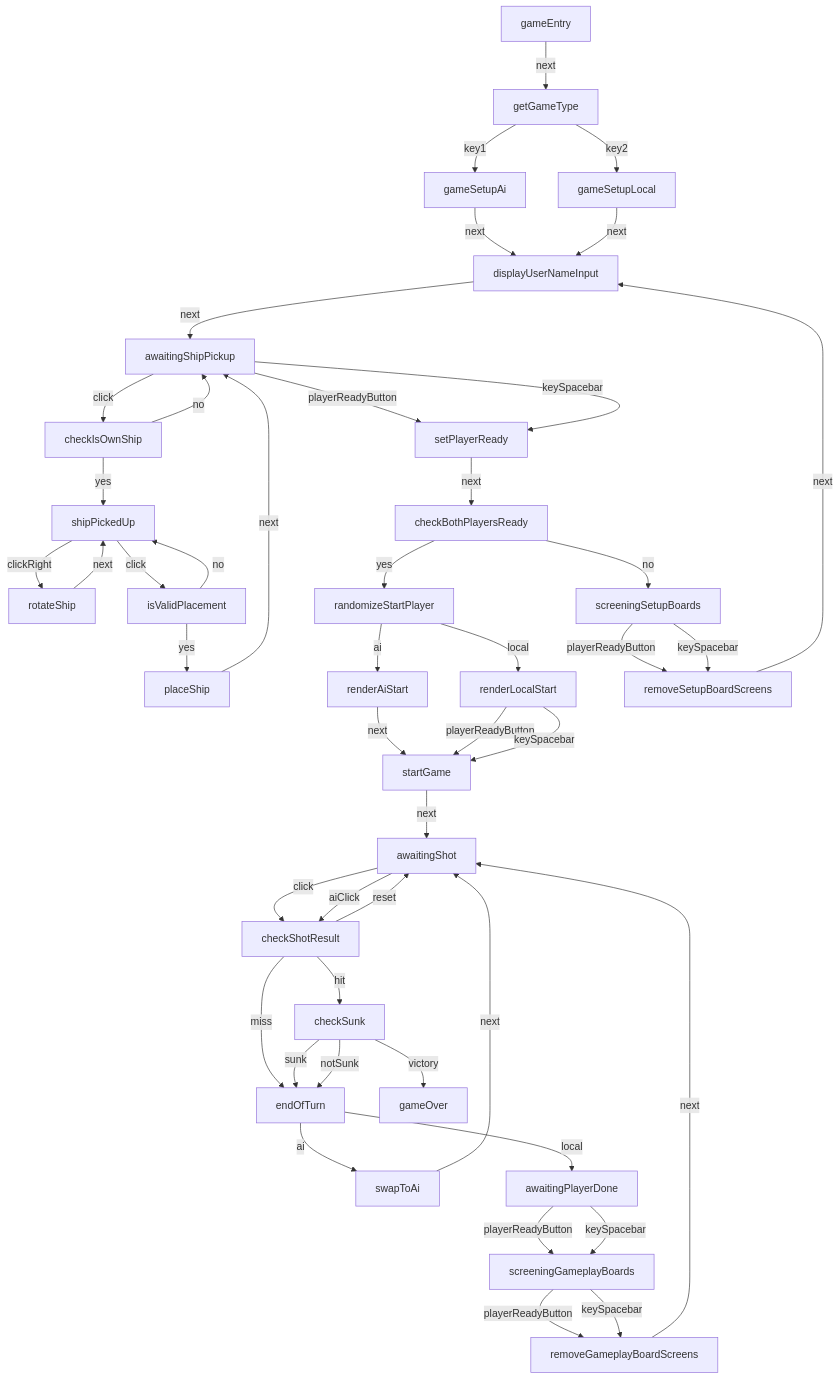
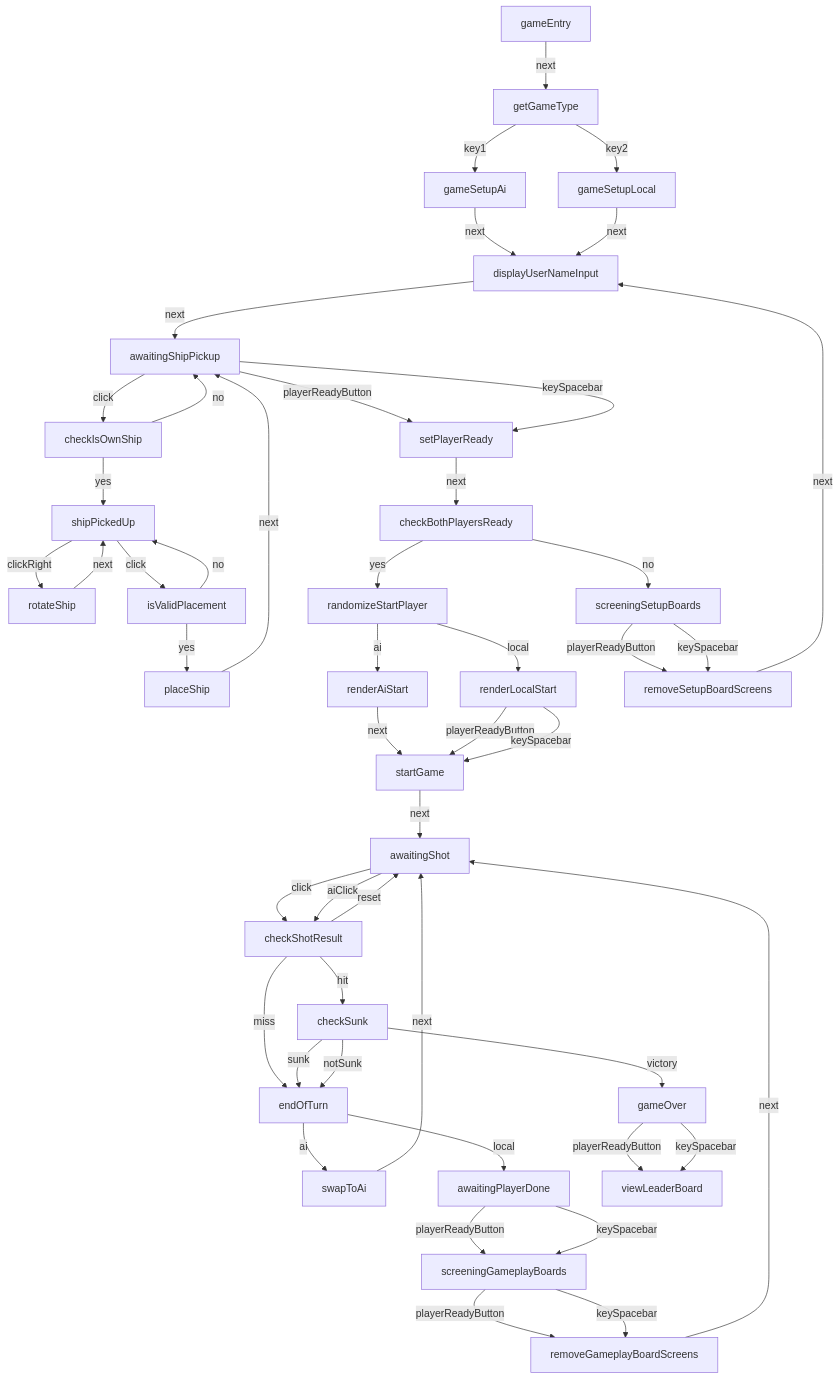
Before and after one commit to pgoshulak/battleship: the diagram in statemap.md, drawn with Mermaid. The commit also changed 6 other files, not shown here.

````diff
--- a/statemap.md
+++ b/statemap.md
@@ -3,48 +3,50 @@
 ```mermaid
 graph TD;
 gameEntry[gameEntry] -- next --> getGameType[getGameType] ;
 getGameType[getGameType] -- key1 --> gameSetupAi[gameSetupAi] ;
 getGameType[getGameType] -- key2 --> gameSetupLocal[gameSetupLocal] ;
 gameSetupAi[gameSetupAi] -- next --> displayUserNameInput[displayUserNameInput] ;
 gameSetupLocal[gameSetupLocal] -- next --> displayUserNameInput[displayUserNameInput] ;
 displayUserNameInput[displayUserNameInput] -- next --> awaitingShipPickup[awaitingShipPickup] ;
 awaitingShipPickup[awaitingShipPickup] -- click --> checkIsOwnShip[checkIsOwnShip] ;
 awaitingShipPickup[awaitingShipPickup] -- playerReadyButton --> setPlayerReady[setPlayerReady] ;
 awaitingShipPickup[awaitingShipPickup] -- keySpacebar --> setPlayerReady[setPlayerReady] ;
 checkIsOwnShip[checkIsOwnShip] -- yes --> shipPickedUp[shipPickedUp] ;
 checkIsOwnShip[checkIsOwnShip] -- no --> awaitingShipPickup[awaitingShipPickup] ;
 shipPickedUp[shipPickedUp] -- clickRight --> rotateShip[rotateShip] ;
 shipPickedUp[shipPickedUp] -- click --> isValidPlacement[isValidPlacement] ;
 rotateShip[rotateShip] -- next --> shipPickedUp[shipPickedUp] ;
 isValidPlacement[isValidPlacement] -- yes --> placeShip[placeShip] ;
 isValidPlacement[isValidPlacement] -- no --> shipPickedUp[shipPickedUp] ;
 placeShip[placeShip] -- next --> awaitingShipPickup[awaitingShipPickup] ;
 setPlayerReady[setPlayerReady] -- next --> checkBothPlayersReady[checkBothPlayersReady] ;
 checkBothPlayersReady[checkBothPlayersReady] -- yes --> randomizeStartPlayer[randomizeStartPlayer] ;
 checkBothPlayersReady[checkBothPlayersReady] -- no --> screeningSetupBoards[screeningSetupBoards] ;
 randomizeStartPlayer[randomizeStartPlayer] -- ai --> renderAiStart[renderAiStart] ;
 randomizeStartPlayer[randomizeStartPlayer] -- local --> renderLocalStart[renderLocalStart] ;
 renderAiStart[renderAiStart] -- next --> startGame[startGame] ;
 renderLocalStart[renderLocalStart] -- playerReadyButton --> startGame[startGame] ;
 renderLocalStart[renderLocalStart] -- keySpacebar --> startGame[startGame] ;
 startGame[startGame] -- next --> awaitingShot[awaitingShot] ;
 screeningSetupBoards[screeningSetupBoards] -- playerReadyButton --> removeSetupBoardScreens[removeSetupBoardScreens] ;
 screeningSetupBoards[screeningSetupBoards] -- keySpacebar --> removeSetupBoardScreens[removeSetupBoardScreens] ;
 removeSetupBoardScreens[removeSetupBoardScreens] -- next --> displayUserNameInput[displayUserNameInput] ;
 awaitingShot[awaitingShot] -- click --> checkShotResult[checkShotResult] ;
 awaitingShot[awaitingShot] -- aiClick --> checkShotResult[checkShotResult] ;
 checkShotResult[checkShotResult] -- reset --> awaitingShot[awaitingShot] ;
 checkShotResult[checkShotResult] -- miss --> endOfTurn[endOfTurn] ;
 checkShotResult[checkShotResult] -- hit --> checkSunk[checkSunk] ;
 checkSunk[checkSunk] -- victory --> gameOver[gameOver] ;
 checkSunk[checkSunk] -- sunk --> endOfTurn[endOfTurn] ;
 checkSunk[checkSunk] -- notSunk --> endOfTurn[endOfTurn] ;
 endOfTurn[endOfTurn] -- ai --> swapToAi[swapToAi] ;
 endOfTurn[endOfTurn] -- local --> awaitingPlayerDone[awaitingPlayerDone] ;
 swapToAi[swapToAi] -- next --> awaitingShot[awaitingShot] ;
 awaitingPlayerDone[awaitingPlayerDone] -- playerReadyButton --> screeningGameplayBoards[screeningGameplayBoards] ;
 awaitingPlayerDone[awaitingPlayerDone] -- keySpacebar --> screeningGameplayBoards[screeningGameplayBoards] ;
 screeningGameplayBoards[screeningGameplayBoards] -- playerReadyButton --> removeGameplayBoardScreens[removeGameplayBoardScreens] ;
 screeningGameplayBoards[screeningGameplayBoards] -- keySpacebar --> removeGameplayBoardScreens[removeGameplayBoardScreens] ;
 removeGameplayBoardScreens[removeGameplayBoardScreens] -- next --> awaitingShot[awaitingShot] ;
+gameOver[gameOver] -- playerReadyButton --> viewLeaderBoard[viewLeaderBoard] ;
+gameOver[gameOver] -- keySpacebar --> viewLeaderBoard[viewLeaderBoard] ;
 ```
````
